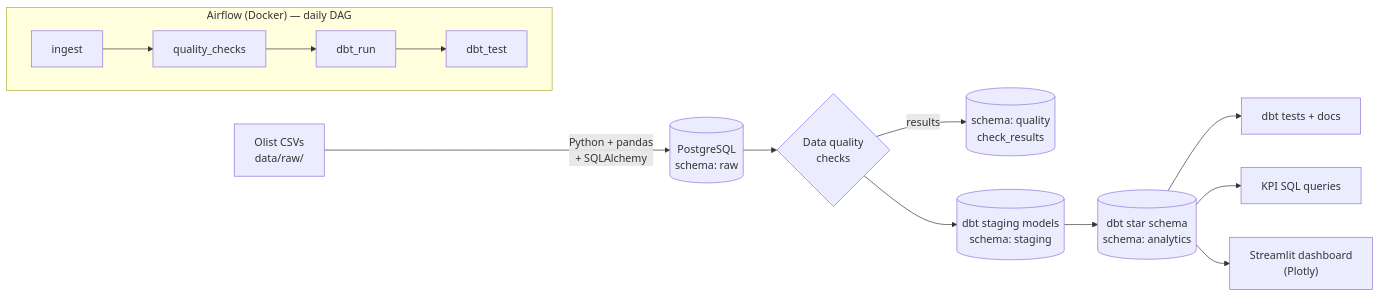
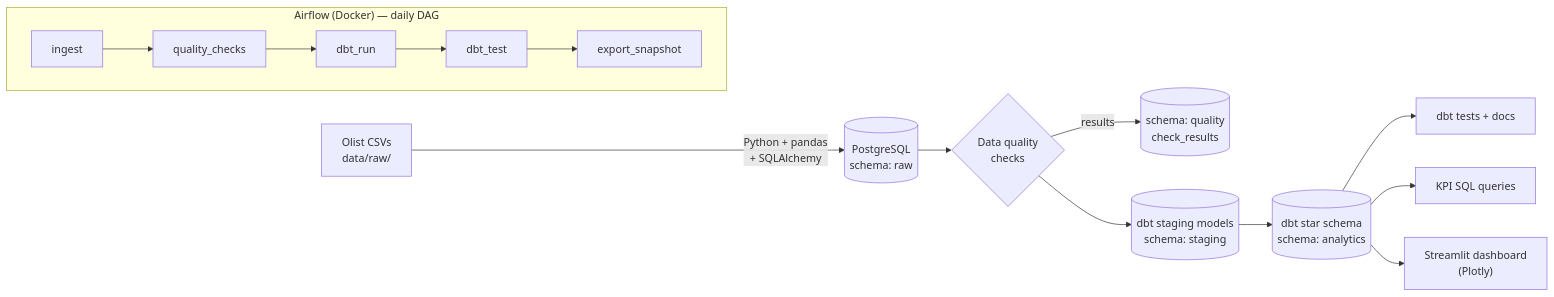
Before and after one commit to Yokesh0404/sales-analytics-pipeline: the first of 4 diagrams in docs/technical_design.md, drawn with Mermaid. The commit also changed other lines of this file and 10 other files, not shown here.

````diff
--- a/docs/technical_design.md
+++ b/docs/technical_design.md
@@ -49,16 +49,16 @@
 ```mermaid
 flowchart LR
     A["Olist CSVs<br/>data/raw/"] -->|"Python + pandas<br/>+ SQLAlchemy"| B[("PostgreSQL<br/>schema: raw")]
     B --> C{"Data quality<br/>checks"}
     C -->|results| R[("schema: quality<br/>check_results")]
     C --> D[("dbt staging models<br/>schema: staging")]
     D --> E[("dbt star schema<br/>schema: analytics")]
     E --> F["dbt tests + docs"]
     E --> G["KPI SQL queries"]
     E --> H["Streamlit dashboard<br/>(Plotly)"]
 
     subgraph Airflow["Airflow (Docker) — daily DAG"]
         direction LR
-        T1[ingest] --> T2[quality_checks] --> T3[dbt_run] --> T4[dbt_test]
+        T1[ingest] --> T2[quality_checks] --> T3[dbt_run] --> T4[dbt_test] --> T5[export_snapshot]
     end
 ```
````
